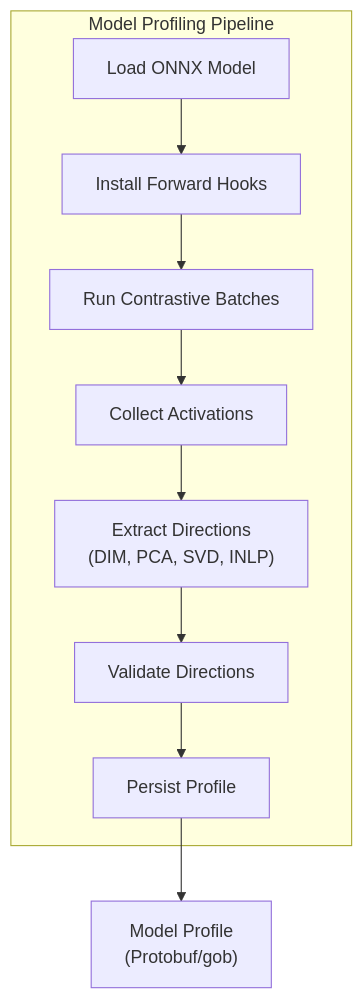
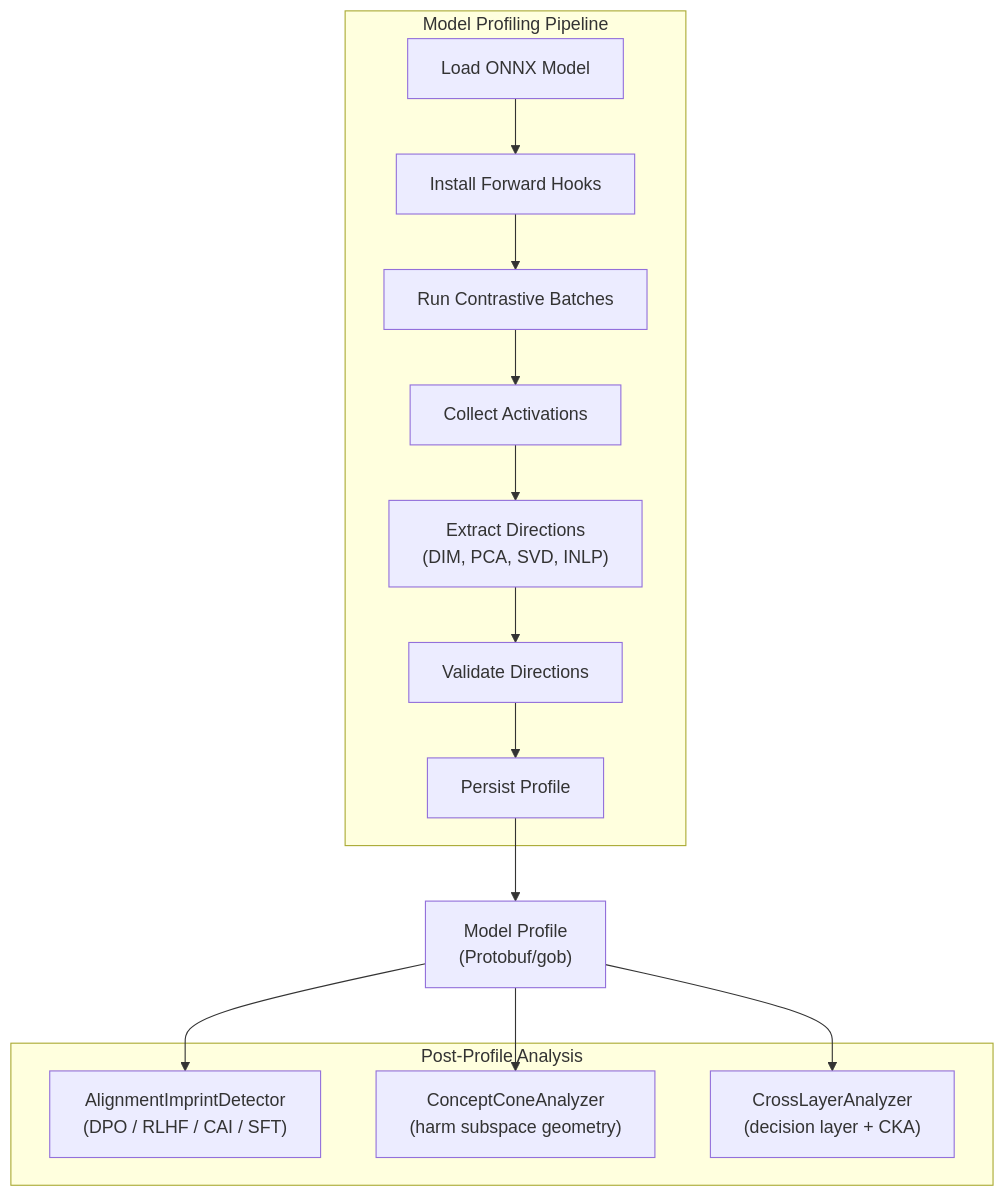
One commit to 23skdu/BurnNotice changed the tenth of 18 diagrams in docs/architecture.md. Above: the diagram before and after it, drawn with Mermaid. The commit also changed other lines of this file and 5 other files, not shown here.

````diff
--- a/docs/architecture.md
+++ b/docs/architecture.md
@@ -292,21 +315,30 @@
 ```mermaid
 graph TB
     subgraph Profiling["Model Profiling Pipeline"]
         LOAD["Load ONNX Model"]
         HOOK["Install Forward Hooks"]
         BATCH["Run Contrastive Batches"]
         COLLECT["Collect Activations"]
         EXTRACT["Extract Directions<br/>(DIM, PCA, SVD, INLP)"]
         VALIDATE["Validate Directions"]
         PERSIST["Persist Profile"]
     end
 
+    subgraph PostAnalysis["Post-Profile Analysis"]
+        ALIGN["AlignmentImprintDetector<br/>(DPO / RLHF / CAI / SFT)"]
+        CONE["ConceptConeAnalyzer<br/>(harm subspace geometry)"]
+        CROSS["CrossLayerAnalyzer<br/>(decision layer + CKA)"]
+    end
+
     LOAD --> HOOK
     HOOK --> BATCH
     BATCH --> COLLECT
     COLLECT --> EXTRACT
     EXTRACT --> VALIDATE
     VALIDATE --> PERSIST
 
     PERSIST --> PROFILE["Model Profile<br/>(Protobuf/gob)"]
+    PROFILE --> ALIGN
+    PROFILE --> CONE
+    PROFILE --> CROSS
 ```
````
